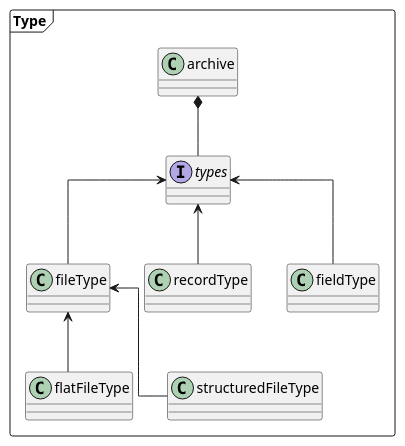
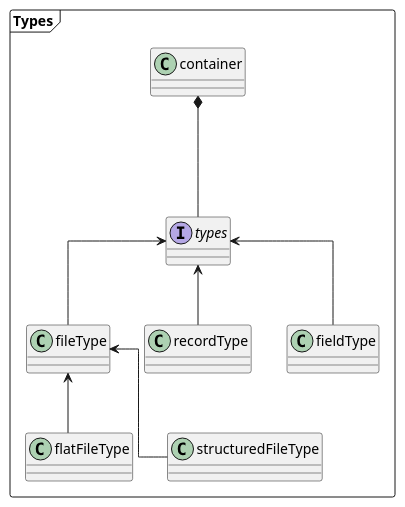
The diagram in usage/aspirations/umls/uml-type.puml (joergen-vs/73027c42-c2cd-4c62-b1f4-2532c0eb8dab), drawn with PlantUML before and after one commit. The commit also changed 3 other files, not shown here.

Commit message:
Making types and definitions available for all kinds of container

```diff
--- a/usage/aspirations/umls/uml-type.puml
+++ b/usage/aspirations/umls/uml-type.puml
@@ -1,17 +1,17 @@
 @startuml
 skinparam linetype polyline
 skinparam linetype ortho
 
-package "Type" <<Frame>> {
+package "Types" <<Frame>> {
 interface types
 
-archive *-- types
+container *--- types
 types <-- fileType
 types <-- recordType
 types <-- fieldType
 
 fileType <-- flatFileType
 fileType <-- structuredFileType
 }
 
 @enduml
```
